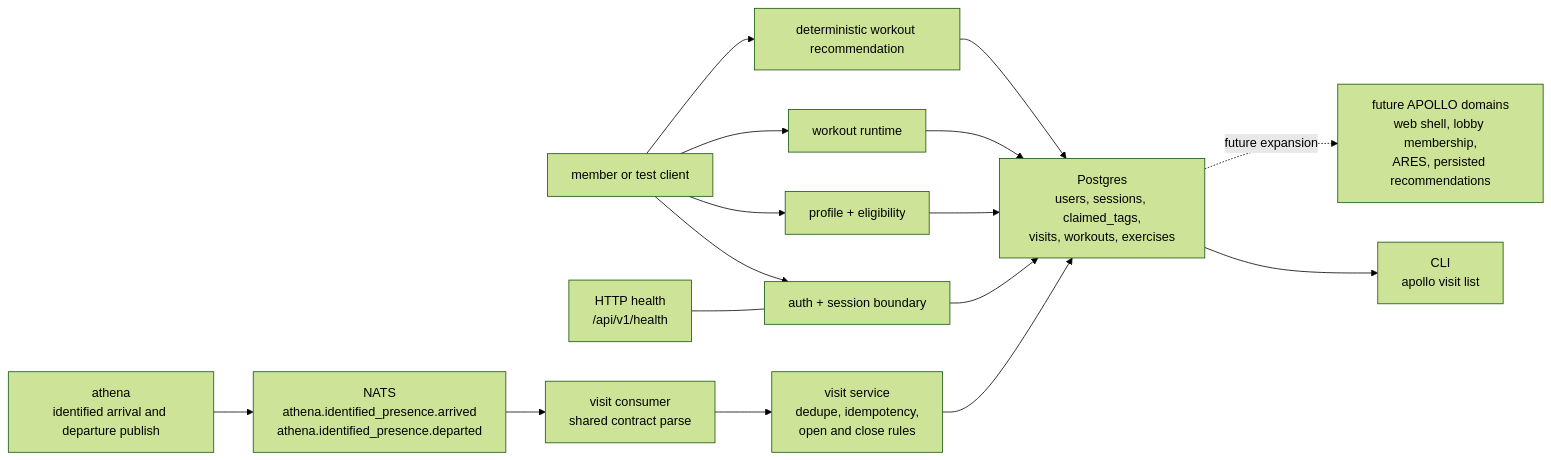
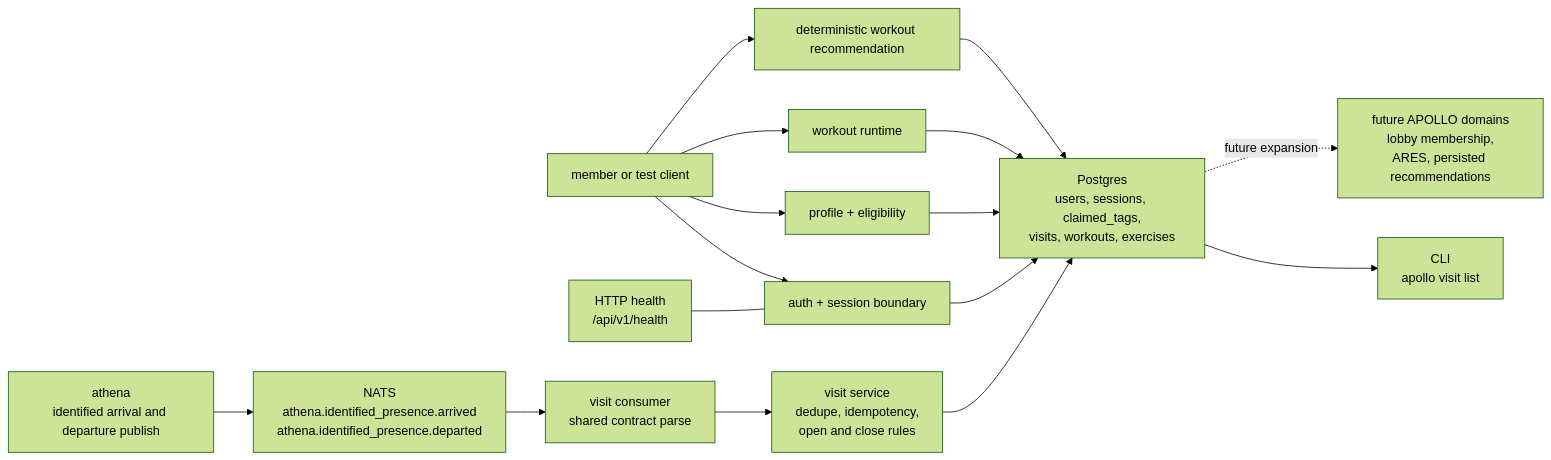
One commit to ixxet/apollo changed the diagram in README.md. Above: the diagram before and after it, drawn with Mermaid (forest theme). The commit also changed other lines of this file and 3 other files, not shown here.

Commit message:
docs: align member web shell docs

````diff
--- a/README.md
+++ b/README.md
@@ -38,25 +39,25 @@
 ```mermaid
 flowchart LR
   member["member or test client"]
   health["HTTP health<br/>/api/v1/health"]
   auth["auth + session boundary"]
   profile["profile + eligibility"]
   workouts["workout runtime"]
   recs["deterministic workout recommendation"]
   db["Postgres<br/>users, sessions, claimed_tags,<br/>visits, workouts, exercises"]
   cli["CLI<br/>apollo visit list"]
   athena["athena<br/>identified arrival and departure publish"]
   nats["NATS<br/>athena.identified_presence.arrived<br/>athena.identified_presence.departed"]
   consumer["visit consumer<br/>shared contract parse"]
   visits["visit service<br/>dedupe, idempotency,<br/>open and close rules"]
-  future["future APOLLO domains<br/>web shell, lobby membership,<br/>ARES, persisted recommendations"]
+  future["future APOLLO domains<br/>lobby membership,<br/>ARES, persisted recommendations"]
 
   member --> auth --> db
   member --> profile --> db
   member --> workouts --> db
   member --> recs --> db
   health --- auth
   athena --> nats --> consumer --> visits --> db
   db --> cli
   db -. future expansion .-> future
 ```
````
